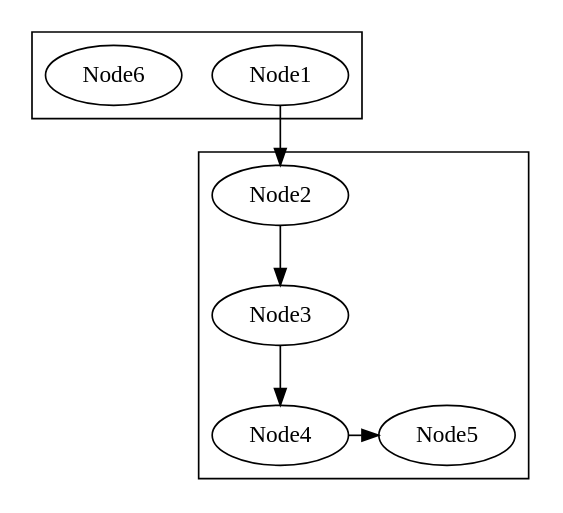
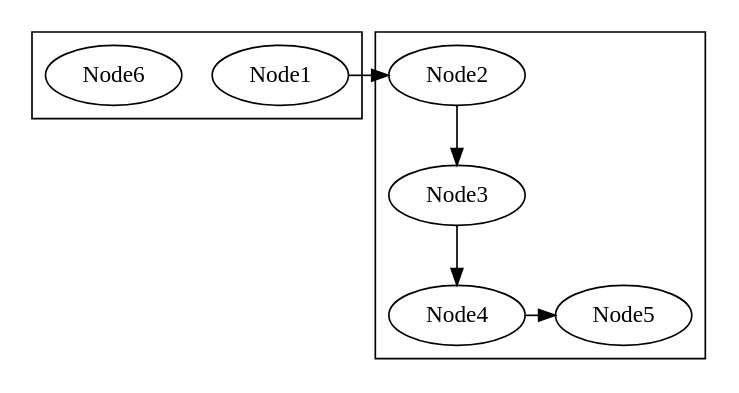
The fifth of 5 diagrams in other/graphviz.md (sisyphus1212/note), drawn with Graphviz before and after one commit.

Commit message:
auto_update

````diff
--- a/other/graphviz.md
+++ b/other/graphviz.md
@@ -61,15 +61,15 @@
 ```graphviz
 digraph {
     rankdir=TB
     subgraph cluster_vertical_example2{
         Node1; Node6
     }
     subgraph cluster_vertical_example{
         "Node2"-> "Node3";
         "Node3"-> "Node4";
         "Node4"->"Node5"
         {rank=same; "Node4"; "Node5";}
     }
-    Node1 -> Node2
+    Node1 -> Node2 [constraint=false]
 }
 ```
````
